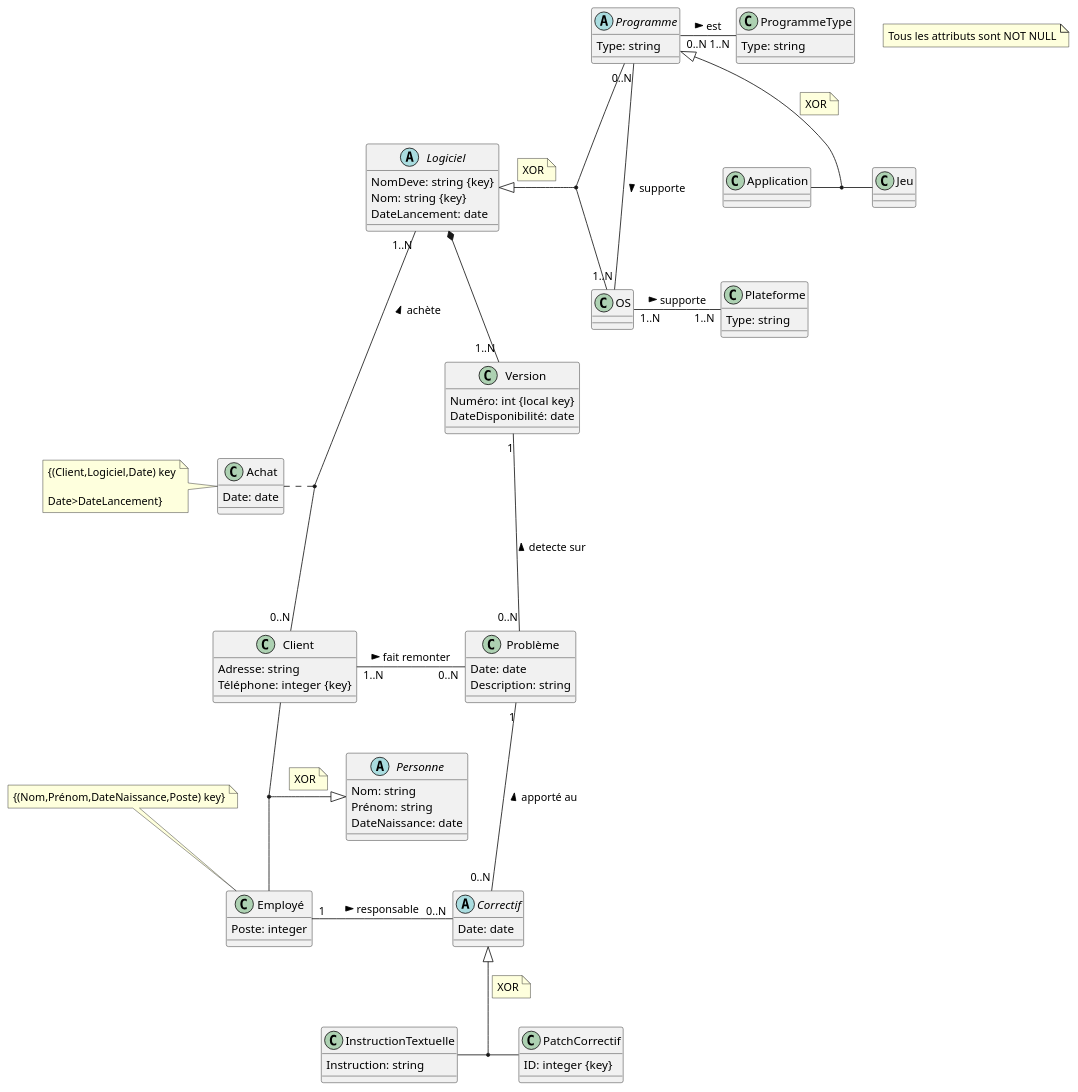
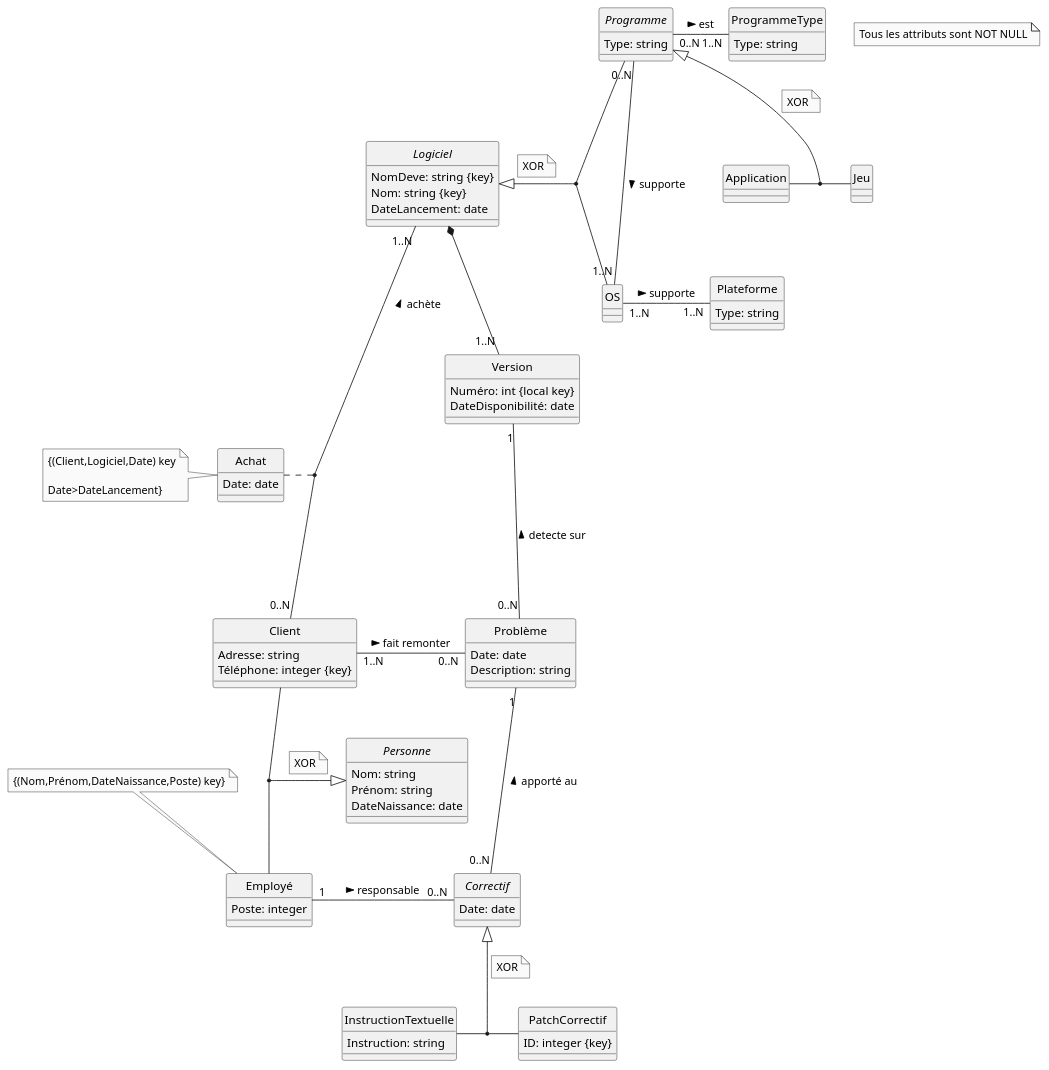
The diagram in UML files/UML.plantuml (theophaneDurand/Pear), drawn with PlantUML before and after one commit.

```diff
--- a/UML files/UML.plantuml
+++ b/UML files/UML.plantuml
@@ -1,88 +1,90 @@
 @startuml
+skinparam monochrome true
+hide circle
 note "Tous les attributs sont NOT NULL" as N1
 abstract class Logiciel{
   NomDeve: string {key}
   Nom: string {key}
   DateLancement: date
 }
 class Version{
   Numéro: int {local key}
   DateDisponibilité: date
 }
 class Problème{
   Date: date
   Description: string
 }
 abstract class Correctif{
   Date: date
 }
 class InstructionTextuelle{
   Instruction: string
 }
 class PatchCorrectif{
   ID: integer {key}
 }
 abstract class Personne{
   Nom: string
   Prénom: string
   DateNaissance: date
 }
 abstract class Personne
 class Employé{
   Poste: integer
 }
 class Employé
 note top: {(Nom,Prénom,DateNaissance,Poste) key}
 class Client{
   Adresse: string
   Téléphone: integer {key}
 }
 class Achat{
   Date: date
 }
 class Achat
 note LEFT: {(Client,Logiciel,Date) key\n\nDate>DateLancement}
 class OS
 abstract class Programme{
   Type: string
 }
 class Application
 class Jeu
 class Plateforme{
   Type: string
 }
 class ProgrammeType{
   Type: string
 }
 
 Client-- Employé
 Personne <|-- (Client, Employé)
 note top on link
 XOR
 end note
 Employé "1" -"0..N" Correctif: responsable >
 InstructionTextuelle - PatchCorrectif
 Correctif <|-- (InstructionTextuelle,PatchCorrectif)
 note right on link
 XOR
 end note
 Client "1..N" - "0..N" Problème: fait remonter >
 Problème "1" ---"0..N" Correctif: apporté au <
 Version "1"---"0..N" Problème : detecte sur <
 Logiciel *-- "1..N" Version
 Logiciel "1..N" ---"0..N"Client : achète <
 Achat..(Client,Logiciel)
 Logiciel <|-- (Programme,OS)
 note right on link
 XOR
 end note
 Programme "0..N"---"1..N" OS: supporte >
 OS "1..N"-"1..N" Plateforme: supporte >
 Application-Jeu
 Programme <|-- (Application,Jeu)
 note right on link
 XOR
 end note
 Programme "0..N" - "1..N" ProgrammeType: est >
 
 @enduml
```
